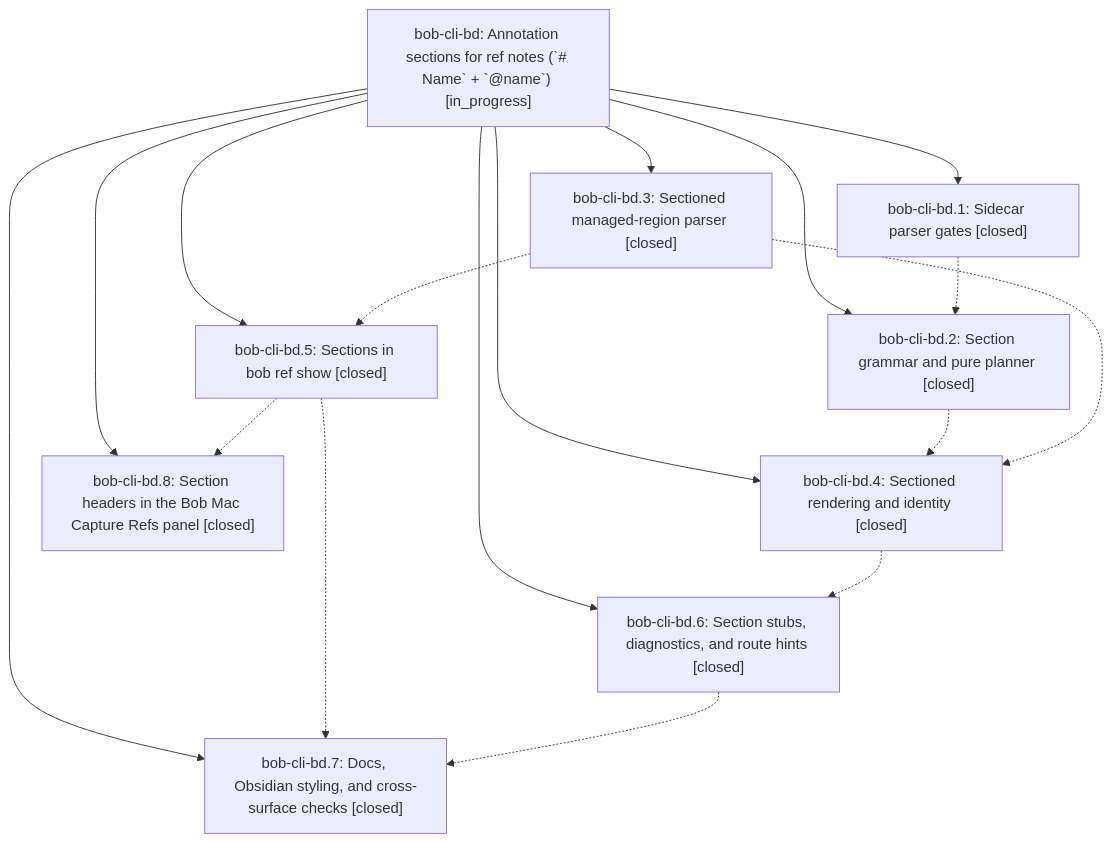
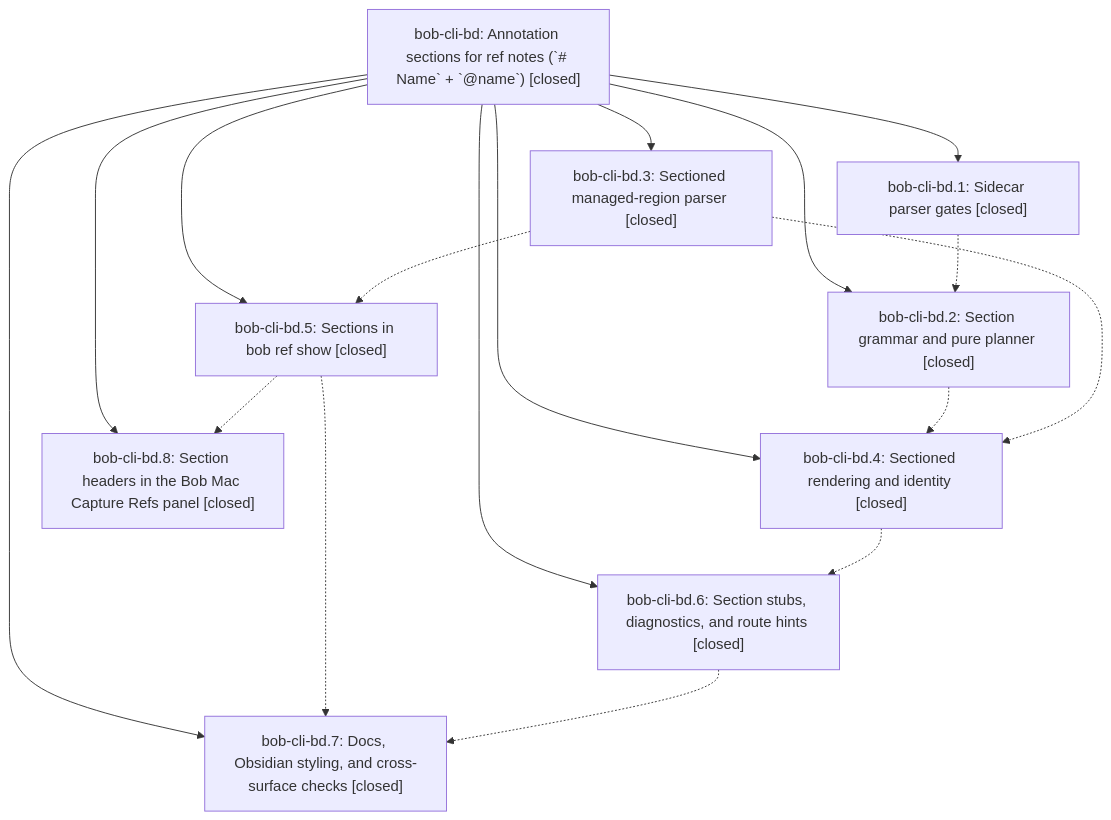
The diagram in pages/bob-cli-bd/README.md (bobs-org/bob-cli--beads), drawn with Mermaid before and after one commit. The commit also changed other lines of this file and 8 other files, not shown here.

First line of the commit message:
chore(beads): sync bead state and pages for bob-cli-bd

````diff
--- a/pages/bob-cli-bd/README.md
+++ b/pages/bob-cli-bd/README.md
@@ -56,28 +71,28 @@
 ```mermaid
 flowchart TD
-    n0["bob-cli-bd: Annotation sections for ref notes (`# Name` + `@name`) [in_progress]"]
+    n0["bob-cli-bd: Annotation sections for ref notes (`# Name` + `@name`) [closed]"]
     n1["bob-cli-bd.1: Sidecar parser gates [closed]"]
     n2["bob-cli-bd.2: Section grammar and pure planner [closed]"]
     n3["bob-cli-bd.3: Sectioned managed-region parser [closed]"]
     n4["bob-cli-bd.4: Sectioned rendering and identity [closed]"]
     n5["bob-cli-bd.5: Sections in bob ref show [closed]"]
     n6["bob-cli-bd.6: Section stubs, diagnostics, and route hints [closed]"]
     n7["bob-cli-bd.7: Docs, Obsidian styling, and cross-surface checks [closed]"]
     n8["bob-cli-bd.8: Section headers in the Bob Mac Capture Refs panel [closed]"]
     n0 --> n1
     n0 --> n2
     n0 --> n3
     n0 --> n4
     n0 --> n5
     n0 --> n6
     n0 --> n7
     n0 --> n8
     n1 -.-> n2
     n2 -.-> n4
     n3 -.-> n4
     n3 -.-> n5
     n4 -.-> n6
     n5 -.-> n7
     n5 -.-> n8
     n6 -.-> n7
 ```
````
